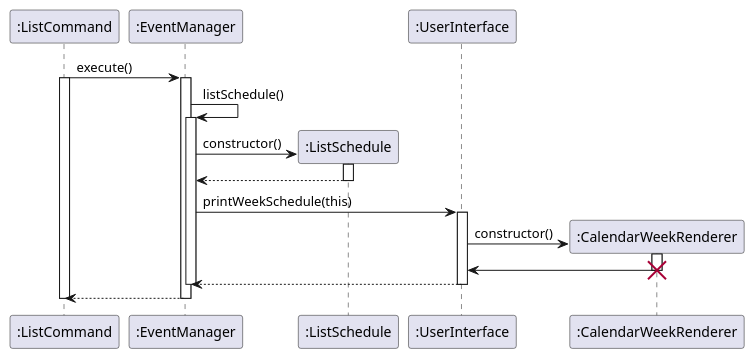
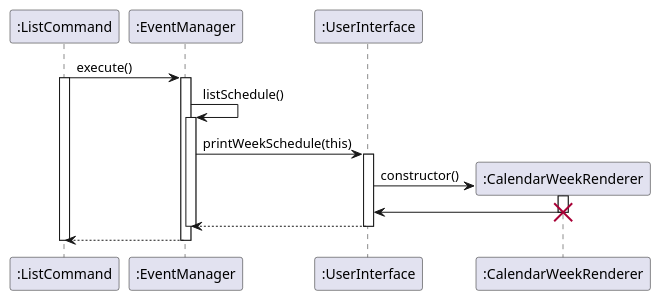
The diagram in docs/plantuml/ListWeekSequence.puml (untitle4/tp), drawn with PlantUML before and after one commit.

Commit message:
Remove outdated portions of ListWeekSequence.puml

```diff
--- a/docs/plantuml/ListWeekSequence.puml
+++ b/docs/plantuml/ListWeekSequence.puml
@@ -1,25 +1,21 @@
 @startuml
 
 ":ListCommand" -> ":EventManager" : execute()
 activate ":ListCommand"
 activate ":EventManager"
 ":EventManager" -> ":EventManager" : listSchedule()
 activate ":EventManager"
-":EventManager" -> ":ListSchedule"** : constructor()
-activate ":ListSchedule"
-":ListSchedule" --> ":EventManager"
-deactivate ":ListSchedule"
 ":EventManager" -> ":UserInterface" : printWeekSchedule(this)
 activate ":UserInterface"
 ":UserInterface" -> ":CalendarWeekRenderer"** : constructor()
 activate ":CalendarWeekRenderer"
 ":CalendarWeekRenderer" -> ":UserInterface"
 destroy ":CalendarWeekRenderer"
 ":UserInterface" --> ":EventManager"
 deactivate ":UserInterface"
 deactivate ":EventManager"
 ":EventManager" --> ":ListCommand"
 deactivate
 deactivate ":ListCommand"
 
 @enduml
```
